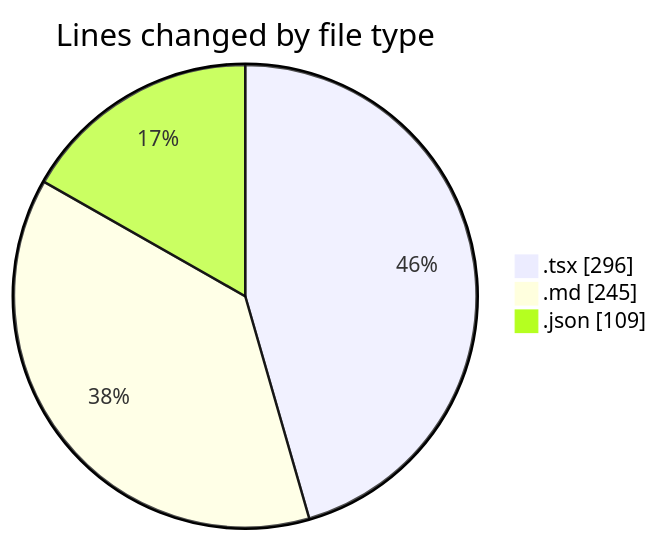
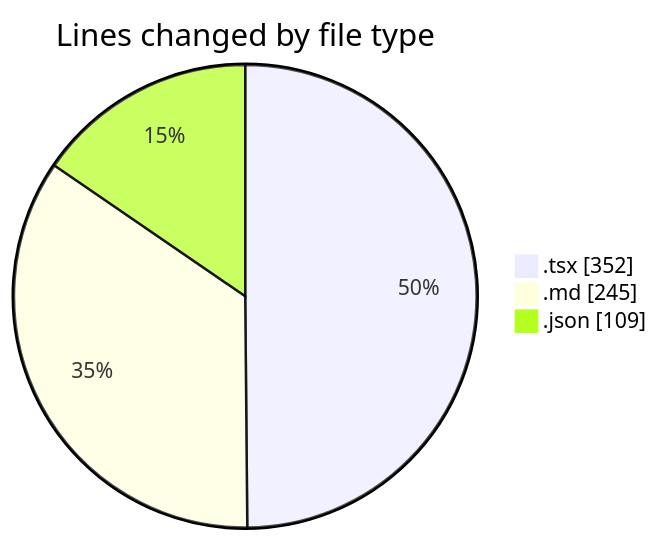
One commit to momahboobian/code-tracking changed the first of 2 diagrams in 2025-12-12/cda/README.md. Above: the diagram before and after it, drawn with Mermaid. The commit also changed other lines of this file and 1 other file, not shown here.

````diff
--- a/2025-12-12/cda/README.md
+++ b/2025-12-12/cda/README.md
@@ -24,7 +24,7 @@
 ```mermaid
 pie showData
 title Lines changed by file type
-".tsx" : 296
+".tsx" : 352
 ".md" : 245
 ".json" : 109
 ```
````
